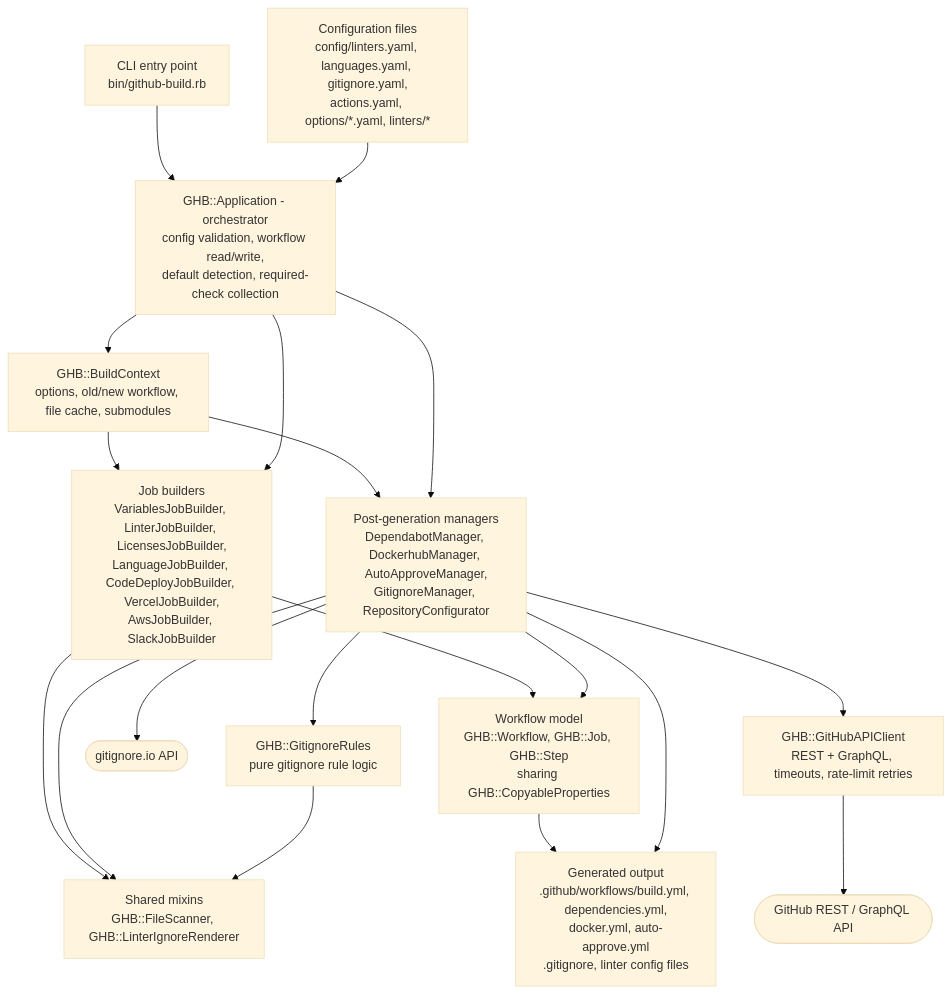
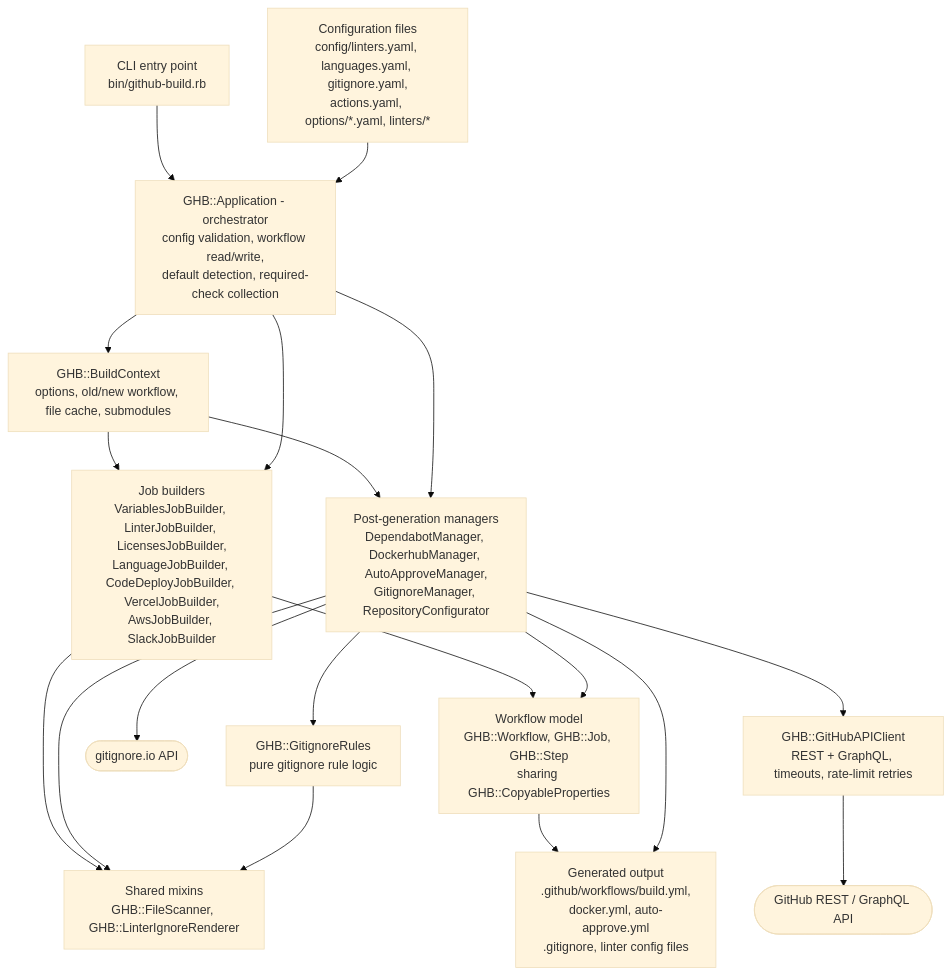
One commit to Cloud-Officer/github-build changed the diagram in docs/architecture.md. Above: the diagram before and after it, drawn with Mermaid (base theme). The commit also changed 19 other files, not shown here.

First line of the commit message:
Retire cron dependency workflow and drop GH_PAT from generated output (#556)

````diff
--- a/docs/architecture.md
+++ b/docs/architecture.md
@@ -13,22 +13,22 @@
 ```mermaid
 flowchart TD
     CLI["CLI entry point<br>bin/github-build.rb"] --> APP
     CFG["Configuration files<br>config/linters.yaml, languages.yaml, gitignore.yaml,<br>actions.yaml, options/*.yaml, linters/*"] --> APP
     APP["GHB::Application - orchestrator<br>config validation, workflow read/write,<br>default detection, required-check collection"]
     APP --> CTX["GHB::BuildContext<br>options, old/new workflow, file cache, submodules"]
     CTX --> BUILDERS
     CTX --> MANAGERS
     APP --> BUILDERS["Job builders<br>VariablesJobBuilder, LinterJobBuilder, LicensesJobBuilder,<br>LanguageJobBuilder, CodeDeployJobBuilder, VercelJobBuilder,<br>AwsJobBuilder, SlackJobBuilder"]
     APP --> MANAGERS["Post-generation managers<br>DependabotManager, DockerhubManager, AutoApproveManager,<br>GitignoreManager, RepositoryConfigurator"]
     BUILDERS --> MIXINS["Shared mixins<br>GHB::FileScanner, GHB::LinterIgnoreRenderer"]
     MANAGERS --> MIXINS
     MANAGERS --> RULES["GHB::GitignoreRules<br>pure gitignore rule logic"]
     RULES --> MIXINS
     MANAGERS --> API["GHB::GitHubAPIClient<br>REST + GraphQL, timeouts, rate-limit retries"]
     API --> GITHUB(["GitHub REST / GraphQL API"])
     MANAGERS --> GIO(["gitignore.io API"])
     BUILDERS --> MODEL["Workflow model<br>GHB::Workflow, GHB::Job, GHB::Step<br>sharing GHB::CopyableProperties"]
     MANAGERS --> MODEL
-    MODEL --> OUT["Generated output<br>.github/workflows/build.yml, dependencies.yml,<br>docker.yml, auto-approve.yml<br>.gitignore, linter config files"]
+    MODEL --> OUT["Generated output<br>.github/workflows/build.yml,<br>docker.yml, auto-approve.yml<br>.gitignore, linter config files"]
     MANAGERS --> OUT
 ```
````
